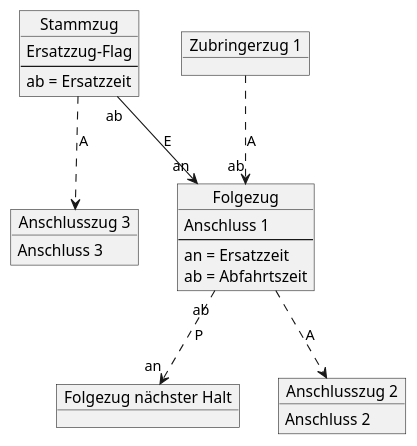
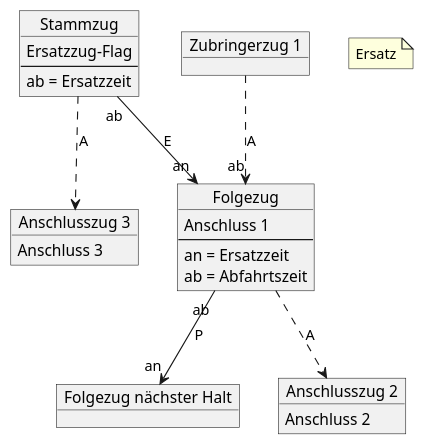
One commit to topological-state/stskit changed the diagram in docs/ersatzzug.puml. Above: the diagram before and after it, drawn with PlantUML. The commit also changed 6 other files, not shown here.

Commit message:
diagramme betriebsvorgänge

```diff
--- a/docs/ersatzzug.puml
+++ b/docs/ersatzzug.puml
@@ -1,32 +1,37 @@
 @startuml
 'https://plantuml.com/object-diagram
 
 object Stammzug {
     Ersatzzug-Flag
     --
     ab = Ersatzzeit
 }
+'Stammzug hat keine Abfahrtszeit
 
 object Folgezug {
     Anschluss 1
     --
     an = Ersatzzeit
     ab = Abfahrtszeit
 }
+'Folgezug: Ankunftszeit = Abfahrtszeit
+
 object "Folgezug nächster Halt" as FolgezugSucc
 object "Zubringerzug 1" as A1
 object "Anschlusszug 2" as A2 {
 Anschluss 2
 }
 object "Anschlusszug 3" as A3 {
 Anschluss 3
 }
 
 Stammzug "ab" --> "an" Folgezug: E
-Folgezug "ab" -[dashed]-> "an" FolgezugSucc: P
+Folgezug "ab" --> "an" FolgezugSucc: P
 
 A1 -[dashed]-> "ab" Folgezug: A
 Folgezug -[dashed]-> A2: A
 Stammzug -[dashed]-> A3: A
 
+note "Ersatz" as N1
+
 @enduml
```
